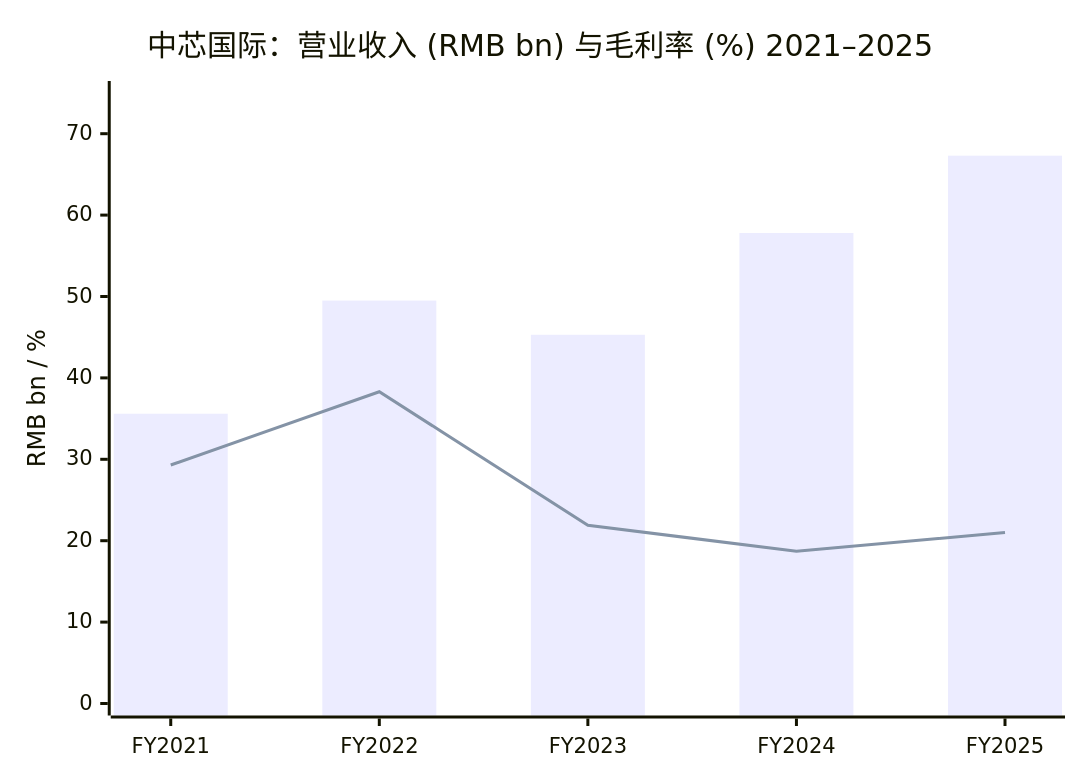
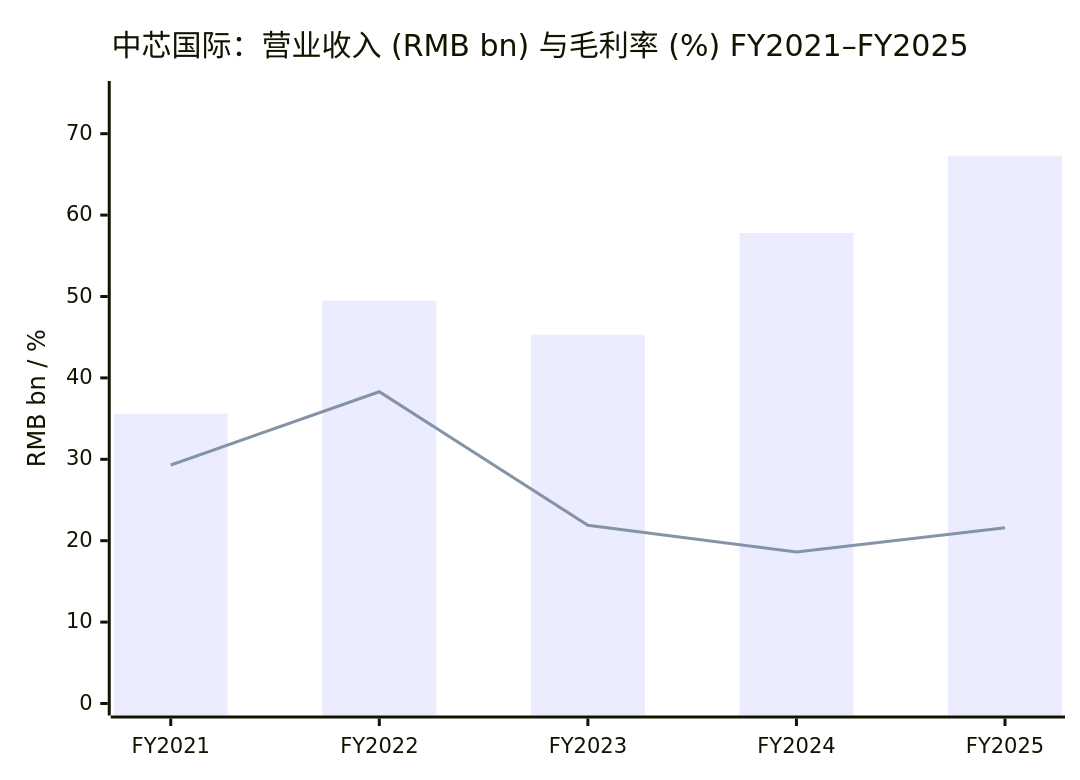
One commit to dadachundan/financial_agent changed the first of 6 diagrams in reports/company/SMIC_中芯国际_SSE688981/SMIC_中芯国际_SSE688981_公司研究.md. Above: the diagram before and after it, drawn with Mermaid. The commit also changed other lines of this file, not shown here.

````diff
--- a/reports/company/SMIC_中芯国际_SSE688981/SMIC_中芯国际_SSE688981_公司研究.md
+++ b/reports/company/SMIC_中芯国际_SSE688981/SMIC_中芯国际_SSE688981_公司研究.md
@@ -46,8 +227,8 @@
 ```mermaid
 xychart-beta
-    title "中芯国际：营业收入 (RMB bn) 与毛利率 (%) 2021–2025"
+    title "中芯国际：营业收入 (RMB bn) 与毛利率 (%) FY2021–FY2025"
     x-axis ["FY2021","FY2022","FY2023","FY2024","FY2025"]
     y-axis "RMB bn / %" 0 --> 75
     bar [35.6, 49.5, 45.3, 57.8, 67.3]
-    line [29.3, 38.3, 21.9, 18.7, 21.0]
+    line [29.3, 38.3, 21.9, 18.6, 21.6]
 ```
````
